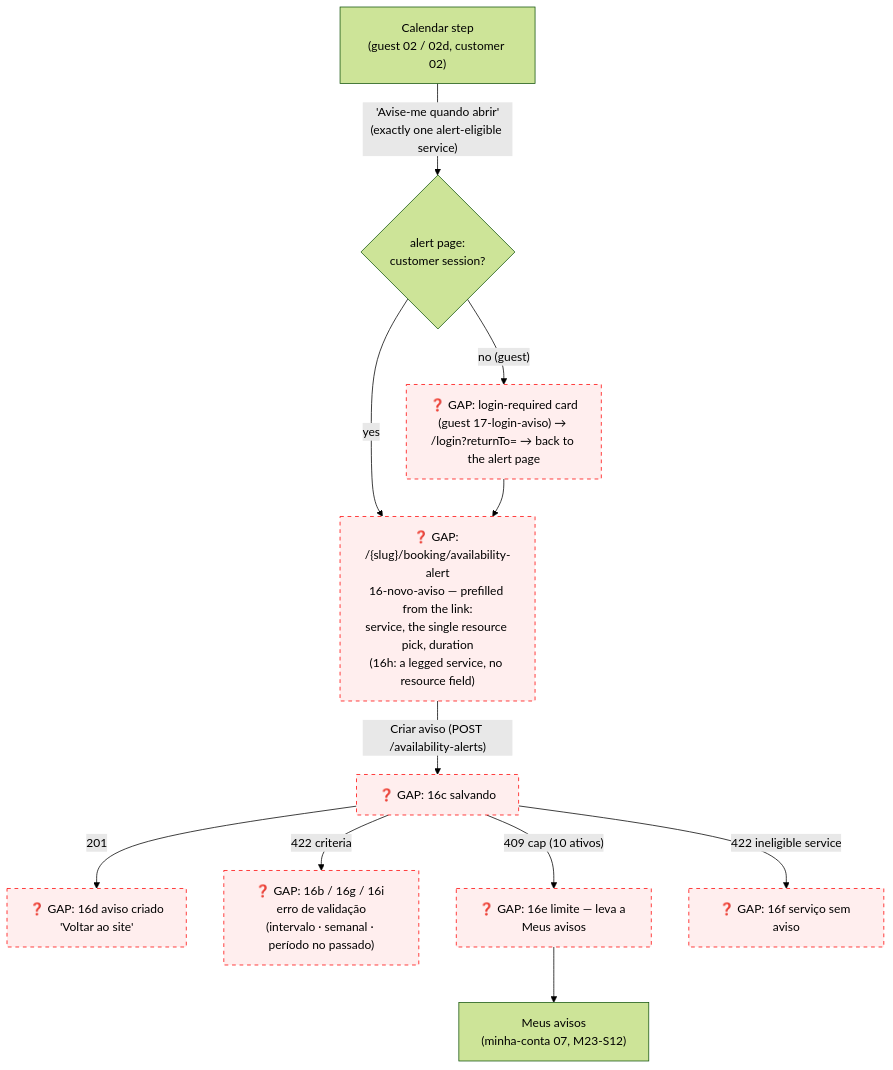
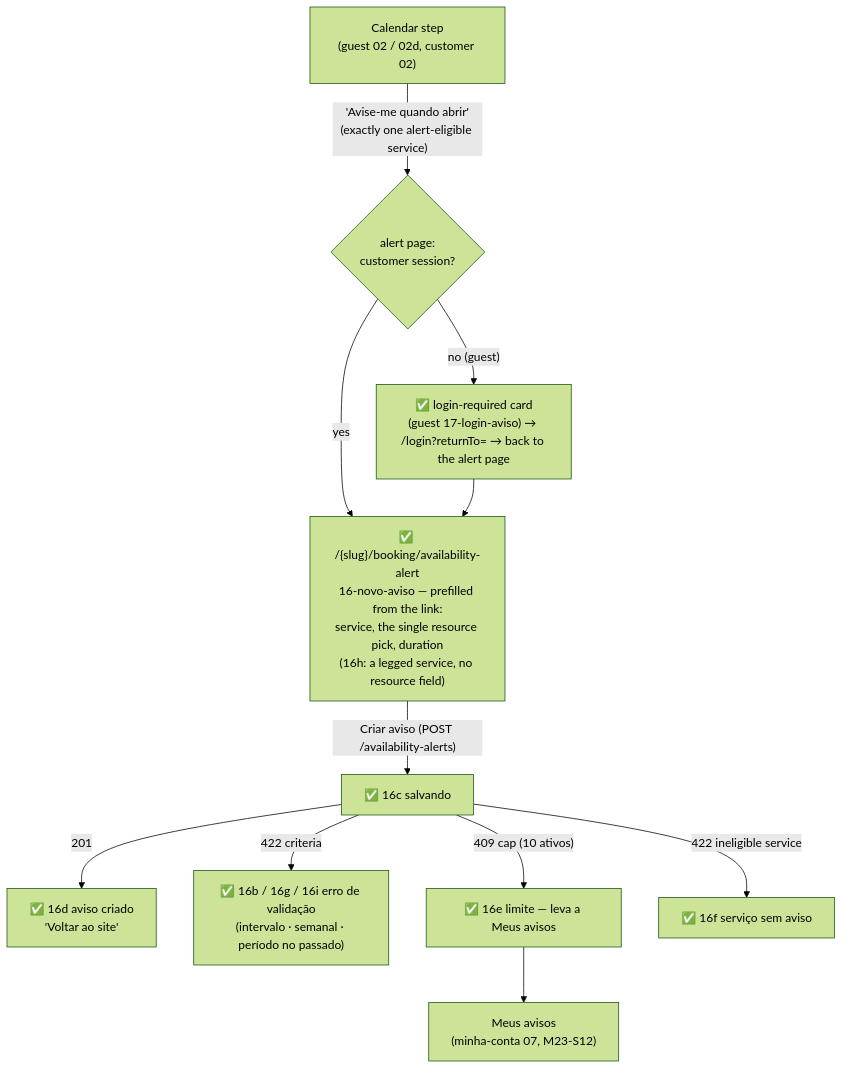
Before and after one commit to lmmoreira/ikaro: the second of 2 diagrams in plan/journey/customer/book-a-service.md, drawn with Mermaid (forest theme). The commit also changed other lines of this file and 72 other files, not shown here.

First line of the commit message:
feat(booking): "Avise-me quando abrir" on the calendar step and the availability-alert page (M23-S31) (#565)

````diff
--- a/plan/journey/customer/book-a-service.md
+++ b/plan/journey/customer/book-a-service.md
@@ -75,16 +74,15 @@
 ```mermaid
 flowchart TD
     classDef gap stroke:#f00,stroke-dasharray: 5 5,fill:#fee
 
     Cal["Calendar step<br/>(guest 02 / 02d, customer 02)"] -->|"'Avise-me quando abrir'<br/>(exactly one alert-eligible service)"| Page{"alert page:<br/>customer session?"}
-    Page -->|"no (guest)"| Gate["❓ GAP: login-required card<br/>(guest 17-login-aviso) → /login?returnTo=<alert URL> → back to the alert page"]
+    Page -->|"no (guest)"| Gate["✅ login-required card<br/>(guest 17-login-aviso) → /login?returnTo=<alert URL> → back to the alert page"]
     Page -->|"yes"| Form
-    Gate --> Form["❓ GAP: /{slug}/booking/availability-alert<br/>16-novo-aviso — prefilled from the link:<br/>service, the single resource pick, duration<br/>(16h: a legged service, no resource field)"]
-    Form -->|"Criar aviso (POST /availability-alerts)"| Saving["❓ GAP: 16c salvando"]
-    Saving -->|"201"| Done["❓ GAP: 16d aviso criado<br/>'Voltar ao site'"]
-    Saving -->|"422 criteria"| Err["❓ GAP: 16b / 16g / 16i erro de validação<br/>(intervalo · semanal · período no passado)"]
-    Saving -->|"409 cap (10 ativos)"| Cap["❓ GAP: 16e limite — leva a Meus avisos"]
-    Saving -->|"422 ineligible service"| Inel["❓ GAP: 16f serviço sem aviso"]
+    Gate --> Form["✅ /{slug}/booking/availability-alert<br/>16-novo-aviso — prefilled from the link:<br/>service, the single resource pick, duration<br/>(16h: a legged service, no resource field)"]
+    Form -->|"Criar aviso (POST /availability-alerts)"| Saving["✅ 16c salvando"]
+    Saving -->|"201"| Done["✅ 16d aviso criado<br/>'Voltar ao site'"]
+    Saving -->|"422 criteria"| Err["✅ 16b / 16g / 16i erro de validação<br/>(intervalo · semanal · período no passado)"]
+    Saving -->|"409 cap (10 ativos)"| Cap["✅ 16e limite — leva a Meus avisos"]
+    Saving -->|"422 ineligible service"| Inel["✅ 16f serviço sem aviso"]
     Cap --> Lista["Meus avisos<br/>(minha-conta 07, M23-S12)"]
-    class Gate,Form,Saving,Done,Err,Cap,Inel gap
 ```
````
